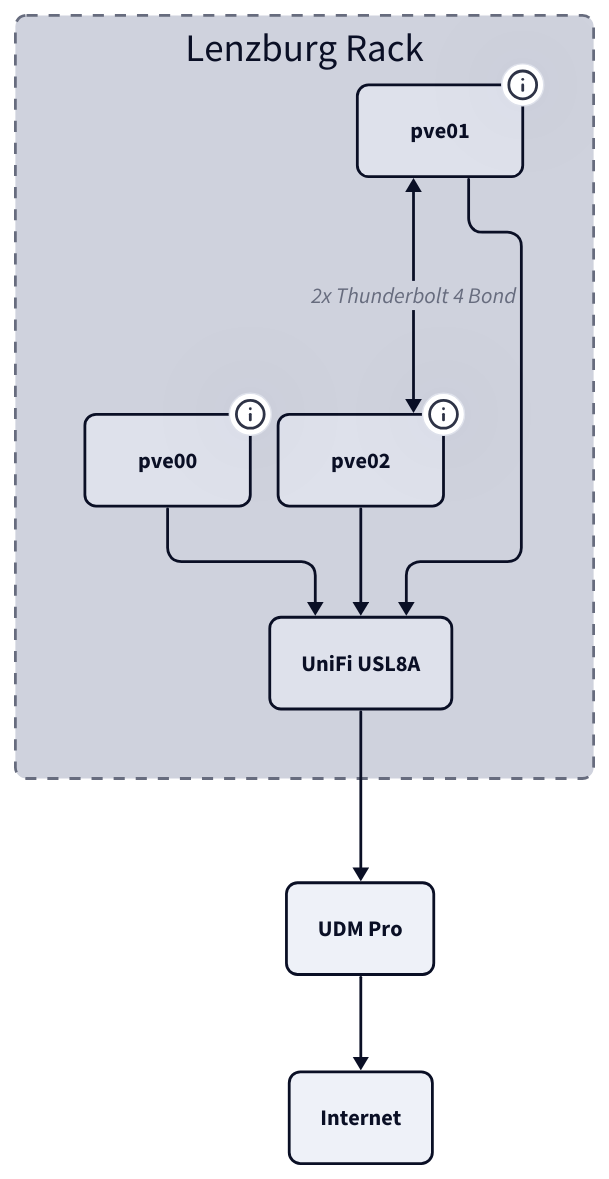
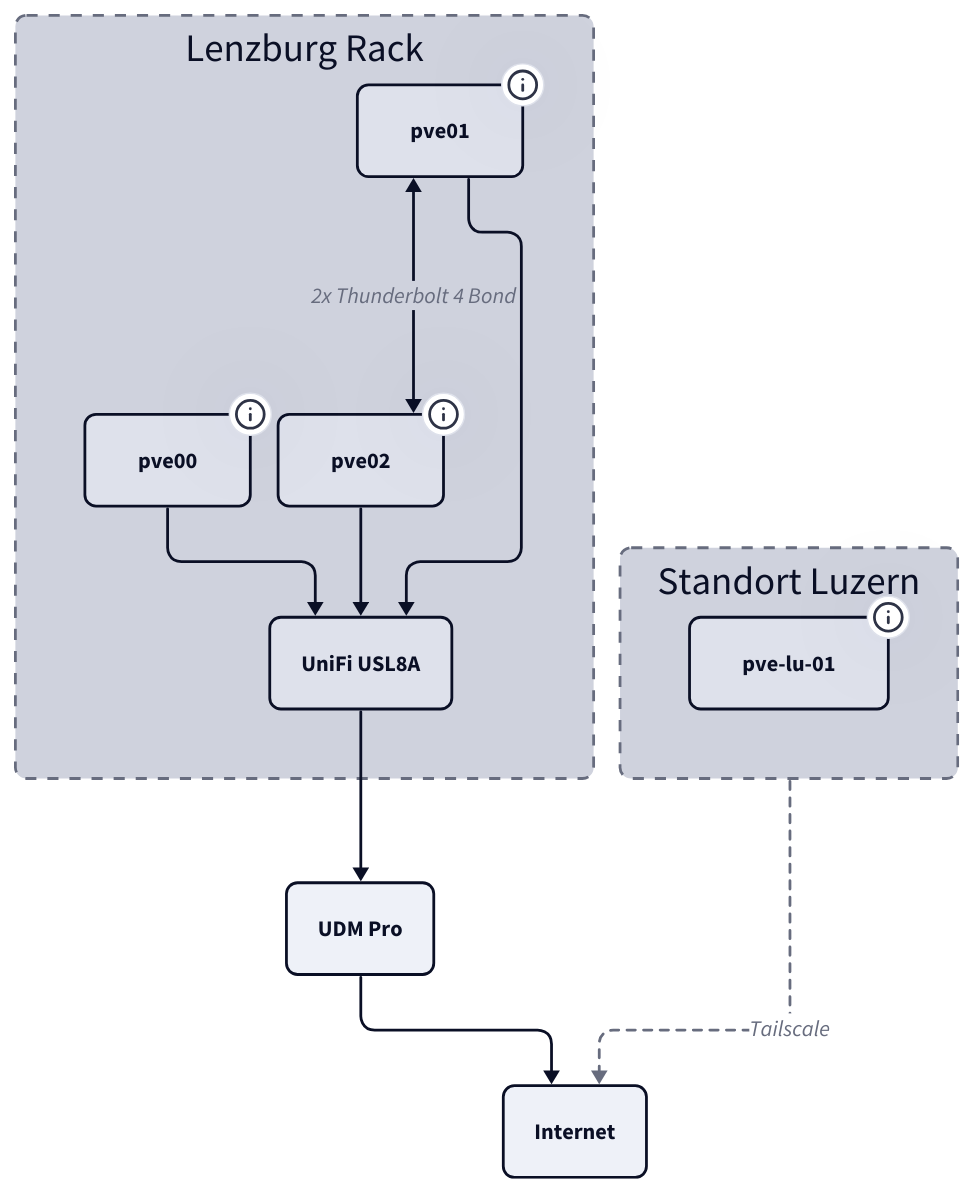
One commit to derever-labs/homelab-wiki changed the diagram in docs/_referenz/hardware-inventar.md. Above: the diagram before and after it, drawn with D2. The commit also changed other lines of this file and 9 other files, not shown here.

First line of the commit message:
docs: Proxmox-Landschaft um Standalone-Node pve-lu-01 ergaenzen (#25)

````diff
--- a/docs/_referenz/hardware-inventar.md
+++ b/docs/_referenz/hardware-inventar.md
@@ -12,64 +12,77 @@
 ```d2
 vars: {
   d2-config: {
     theme-id: 1
     layout-engine: elk
   }
 }
 
 classes: {
   node: {
     style: {
       border-radius: 8
     }
   }
   container: {
     style: {
       border-radius: 8
       stroke-dash: 4
     }
   }
 }
 
 direction: down
 
 rack: Lenzburg Rack {
   class: container
 
   pve00: pve00 {
     class: node
     tooltip: "Minisforum DeskMini N100\nBIOS: DNB20 V0.07 (2024-07-31)\nRAM: 16 GB DDR4-3200\nStorage: 512 GB NVMe HighRel"
   }
 
   pve01: pve01 {
     class: node
     tooltip: "Minisforum MS-01 (Venus Series)\nBIOS: 1.26 (2024-10-14)\nRAM: 96 GB DDR5-4800\nStorage: 2x 4 TB Kingston Fury Renegade"
   }
 
   pve02: pve02 {
     class: node
     tooltip: "Minisforum MS-01 (Venus Series)\nBIOS: 1.26 (2024-10-14)\nRAM: 96 GB DDR5-4800\nStorage: 2x 4 TB Kingston Fury Renegade"
   }
 
   pve01 <-> pve02: 2x Thunderbolt 4 Bond
 
   aggregation: UniFi USL8A {
     class: node
   }
 
   pve00 -> aggregation
   pve01 -> aggregation
   pve02 -> aggregation
 }
 
 udmpro: UDM Pro {
   class: node
 }
 
 internet: Internet {
   class: node
 }
 
 rack.aggregation -> udmpro
 udmpro -> internet
+
+luzern: Standort Luzern {
+  class: container
+
+  pvelu: pve-lu-01 {
+    class: node
+    tooltip: "Acer Revo RB610\nCPU: i3-1315U (6C/8T)\nRAM: 8 GB\nStorage: 256 GB WD SN740 NVMe\nNetz: 172.16.0.0/24"
+  }
+}
+
+luzern -> internet: Tailscale {
+  style.stroke-dash: 3
+}
 ```
````
